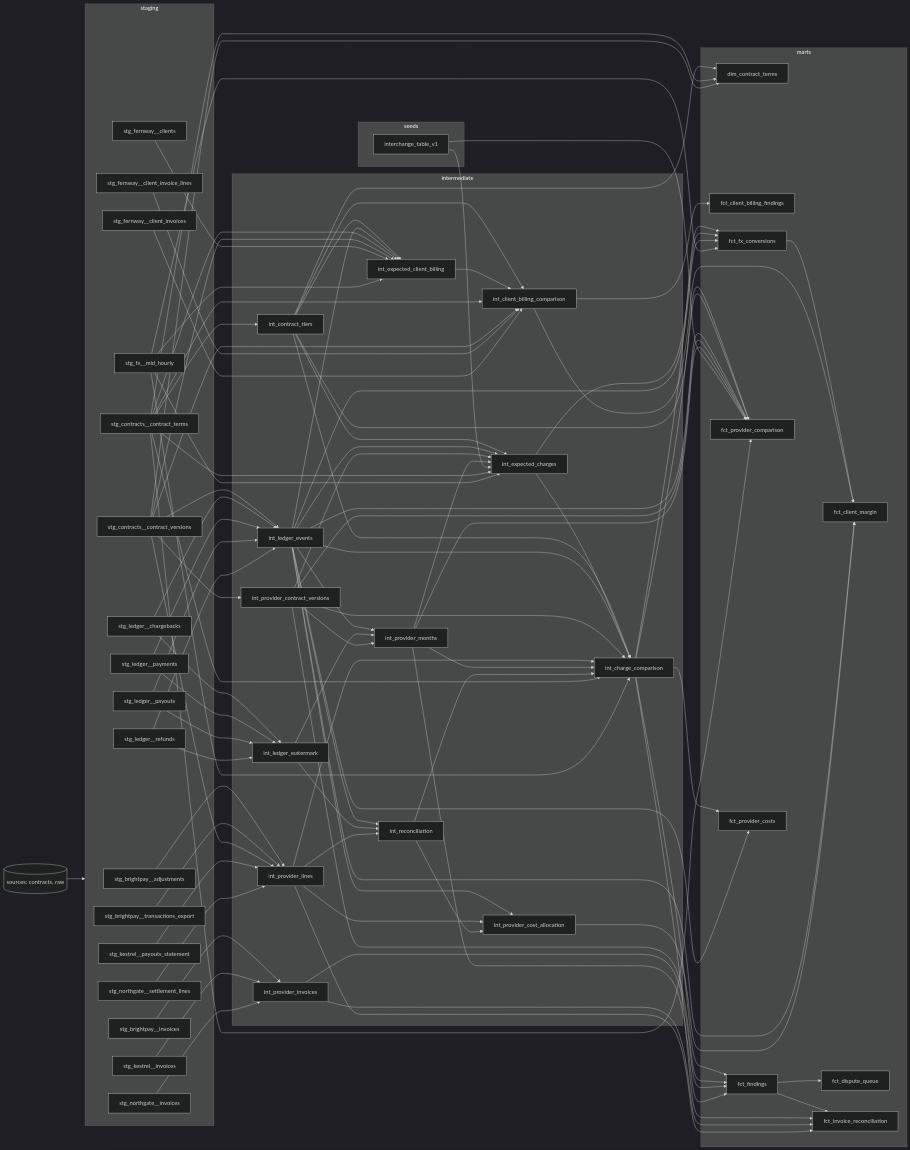
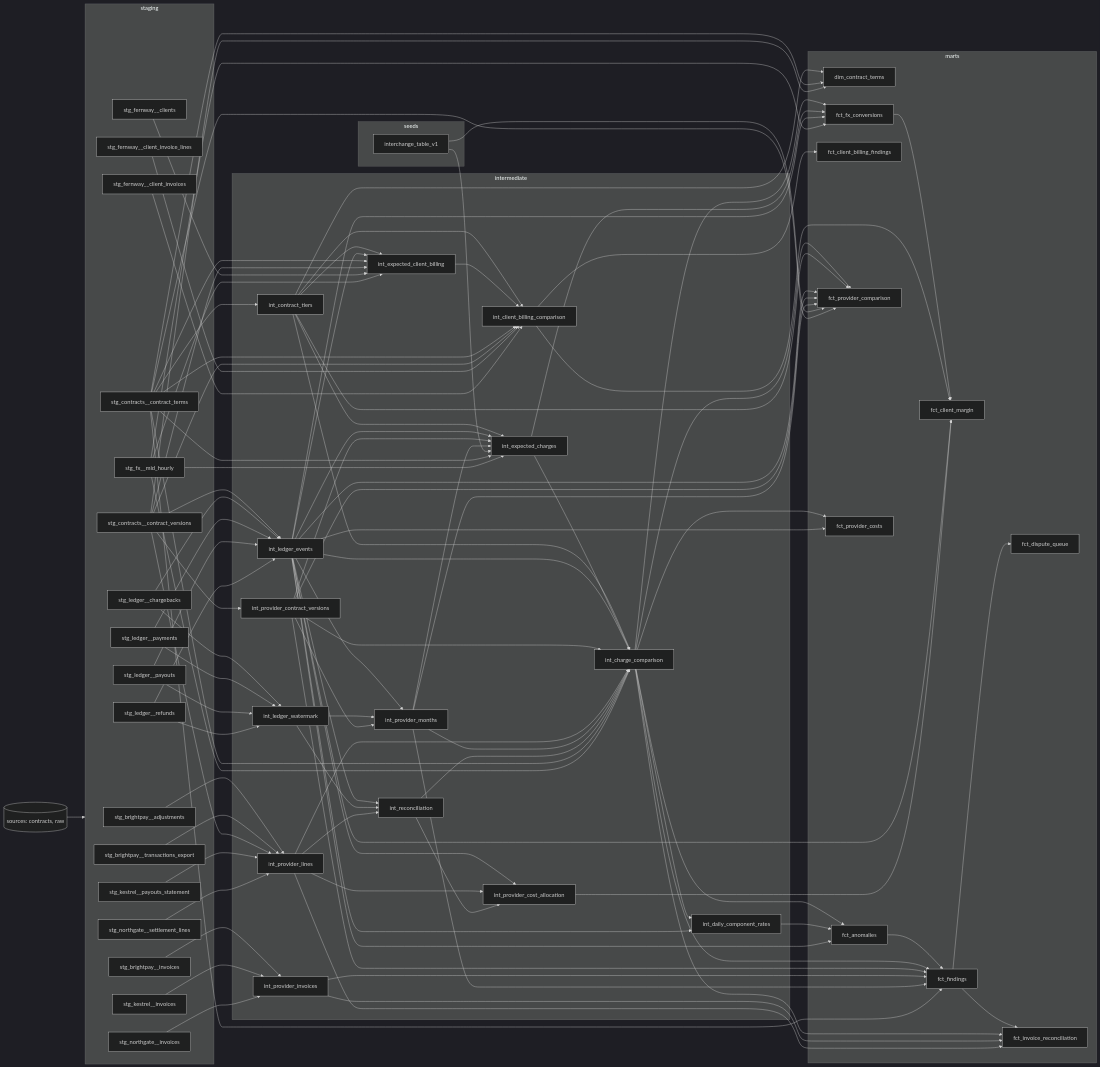
The diagram in README.md (Milos-Blagojevic/payments-fee-audit), drawn with Mermaid (dark theme) before and after one commit. The commit also changed other lines of this file and 11 other files, not shown here.

```diff
--- a/README.md
+++ b/README.md
@@ -175,6 +175,7 @@
     int_charge_comparison
     int_client_billing_comparison
     int_contract_tiers
+    int_daily_component_rates
     int_expected_charges
     int_expected_client_billing
     int_ledger_events
@@ -188,6 +189,7 @@
   end
   subgraph marts
     dim_contract_terms
+    fct_anomalies
     fct_client_billing_findings
     fct_client_margin
     fct_dispute_queue
@@ -198,14 +200,17 @@
     fct_provider_costs
   end
   raw --> staging
+  fct_anomalies --> fct_findings
   fct_findings --> fct_dispute_queue
   fct_findings --> fct_invoice_reconciliation
   fct_fx_conversions --> fct_client_margin
+  int_charge_comparison --> fct_anomalies
   int_charge_comparison --> fct_findings
   int_charge_comparison --> fct_fx_conversions
   int_charge_comparison --> fct_invoice_reconciliation
   int_charge_comparison --> fct_provider_comparison
   int_charge_comparison --> fct_provider_costs
+  int_charge_comparison --> int_daily_component_rates
   int_client_billing_comparison --> fct_client_billing_findings
   int_client_billing_comparison --> fct_client_margin
   int_contract_tiers --> dim_contract_terms
@@ -214,14 +219,17 @@
   int_contract_tiers --> int_client_billing_comparison
   int_contract_tiers --> int_expected_charges
   int_contract_tiers --> int_expected_client_billing
+  int_daily_component_rates --> fct_anomalies
   int_expected_charges --> fct_fx_conversions
   int_expected_charges --> int_charge_comparison
   int_expected_client_billing --> int_client_billing_comparison
+  int_ledger_events --> fct_anomalies
   int_ledger_events --> fct_client_margin
   int_ledger_events --> fct_fx_conversions
   int_ledger_events --> fct_provider_comparison
   int_ledger_events --> fct_provider_costs
   int_ledger_events --> int_charge_comparison
+  int_ledger_events --> int_daily_component_rates
   int_ledger_events --> int_expected_charges
   int_ledger_events --> int_expected_client_billing
   int_ledger_events --> int_provider_cost_allocation
@@ -253,6 +261,7 @@
   stg_brightpay__invoices --> int_provider_invoices
   stg_brightpay__transactions_export --> int_provider_lines
   stg_contracts__contract_terms --> dim_contract_terms
+  stg_contracts__contract_terms --> fct_findings
   stg_contracts__contract_terms --> fct_provider_comparison
   stg_contracts__contract_terms --> int_charge_comparison
   stg_contracts__contract_terms --> int_client_billing_comparison
```
